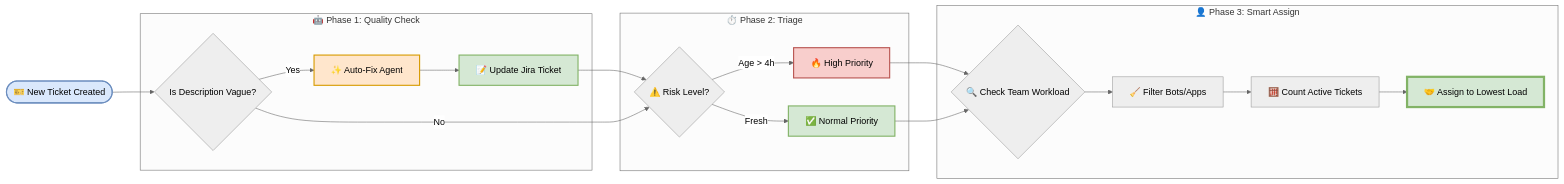
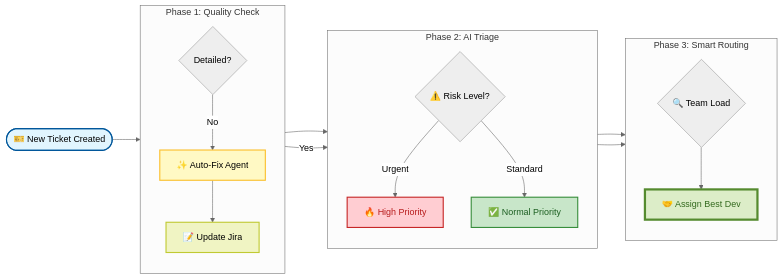
Before and after one commit to samalpartha/incident-war-room: the second of 3 diagrams in README.md, drawn with Mermaid (neutral theme). The commit also changed other lines of this file, not shown here.

Commit message:
docs: Polish logic and styling of architecture flowcharts

````diff
--- a/README.md
+++ b/README.md
@@ -73,41 +73,42 @@
 ```mermaid
 flowchart LR
     Start([🎫 New Ticket Created]):::start
     
-    subgraph Validation ["🤖 Phase 1: Quality Check"]
-        Check{Is Description Vague?}
+    subgraph Validation [" Phase 1: Quality Check "]
+        direction TB
+        Check{Detailed?}
         AutoFix[✨ Auto-Fix Agent]:::action
-        Update[📝 Update Jira Ticket]:::update
+        Update[📝 Update Jira]:::update
     end
     
-    subgraph Planning ["⏱️ Phase 2: Triage"]
+    subgraph Planning [" Phase 2: AI Triage "]
+        direction TB
         SLA{⚠️ Risk Level?}
         High[🔥 High Priority]:::danger
         Normal[✅ Normal Priority]:::safe
     end
     
-    subgraph Assignment ["👤 Phase 3: Smart Assign"]
-        CheckLoad{🔍 Check Team Workload}
-        Filter[🧹 Filter Bots/Apps]
-        Calc[🧮 Count Active Tickets]
-        Assign[🤝 Assign to Lowest Load]:::success
+    subgraph Assignment [" Phase 3: Smart Routing "]
+        direction TB
+        Load{🔍 Team Load}
+        Assign[🤝 Assign Best Dev]:::success
     end
 
     %% Flow
     Start --> Check
-    Check -->|Yes| AutoFix --> Update --> SLA
-    Check -->|No| SLA
+    Check -->|No| AutoFix --> Update --> SLA
+    Check -->|Yes| SLA
     
-    SLA -->|Age > 4h| High --> CheckLoad
-    SLA -->|Fresh| Normal --> CheckLoad
+    SLA -->|Urgent| High --> Load
+    SLA -->|Standard| Normal --> Load
     
-    CheckLoad --> Filter --> Calc --> Assign
+    Load --> Assign
     
     %% Styling
-    classDef start fill:#dae8fc,stroke:#6c8ebf,stroke-width:2px
-    classDef action fill:#ffe6cc,stroke:#d79b00,stroke-width:2px
-    classDef update fill:#d5e8d4,stroke:#82b366,stroke-width:2px
-    classDef danger fill:#f8cecc,stroke:#b85450,stroke-width:2px
-    classDef safe fill:#d5e8d4,stroke:#82b366,stroke-width:2px
-    classDef success fill:#d5e8d4,stroke:#82b366,stroke-width:4px
+    classDef start fill:#e1f5fe,stroke:#01579b,stroke-width:2px
+    classDef action fill:#fff9c4,stroke:#fbc02d,stroke-width:2px
+    classDef update fill:#f0f4c3,stroke:#c0ca33,stroke-width:2px
+    classDef danger fill:#ffcdd2,stroke:#c62828,stroke-width:2px,color:#b71c1c
+    classDef safe fill:#c8e6c9,stroke:#388e3c,stroke-width:2px,color:#1b5e20
+    classDef success fill:#dcedc8,stroke:#558b2f,stroke-width:4px,color:#33691e
 ```
````
